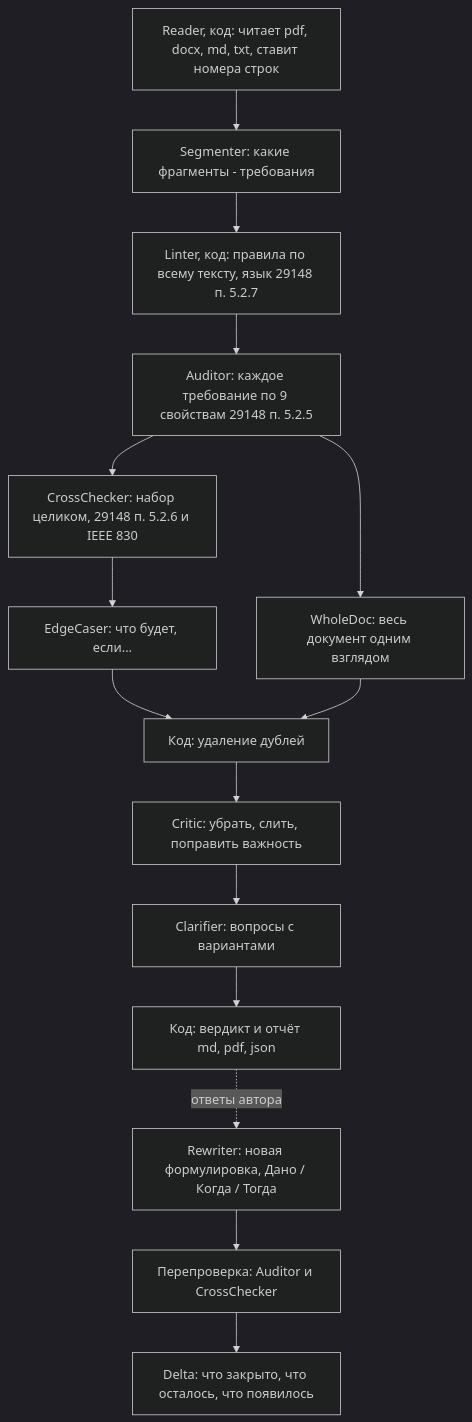
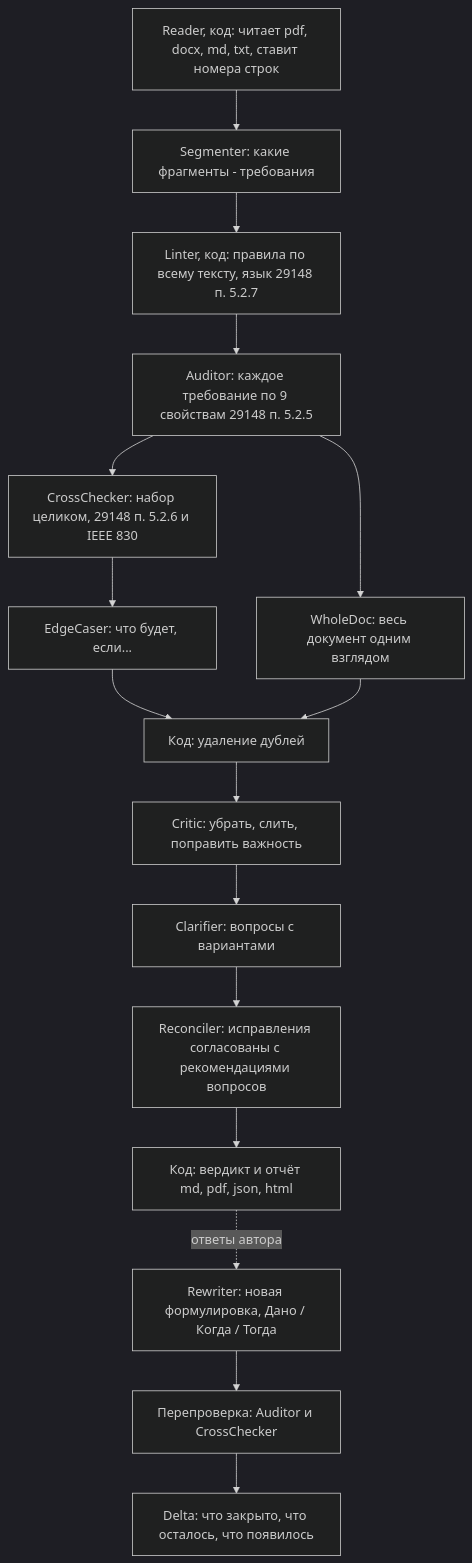
Before and after one commit to l9kk/reqcheck: the diagram in README.md, drawn with Mermaid (dark theme). The commit also changed other lines of this file and 2 other files, not shown here.

````diff
--- a/README.md
+++ b/README.md
@@ -115,17 +117,18 @@
 ```mermaid
 flowchart TD
     R["Reader, код: читает pdf, docx, md, txt, ставит номера строк"]
     R --> S["Segmenter: какие фрагменты - требования"]
     S --> L["Linter, код: правила по всему тексту, язык 29148 п. 5.2.7"]
     L --> A["Auditor: каждое требование по 9 свойствам 29148 п. 5.2.5"]
     A --> X["CrossChecker: набор целиком, 29148 п. 5.2.6 и IEEE 830"]
     X --> E["EdgeCaser: что будет, если..."]
     A --> W["WholeDoc: весь документ одним взглядом"]
     E & W --> U["Код: удаление дублей"]
     U --> C["Critic: убрать, слить, поправить важность"]
     C --> Q["Clarifier: вопросы с вариантами"]
-    Q --> P["Код: вердикт и отчёт md, pdf, json"]
+    Q --> RC2["Reconciler: исправления согласованы с рекомендациями вопросов"]
+    RC2 --> P["Код: вердикт и отчёт md, pdf, json, html"]
     P -.->|ответы автора| RW["Rewriter: новая формулировка, Дано / Когда / Тогда"]
     RW --> RC["Перепроверка: Auditor и CrossChecker"]
     RC --> DL["Delta: что закрыто, что осталось, что появилось"]
 ```
````
